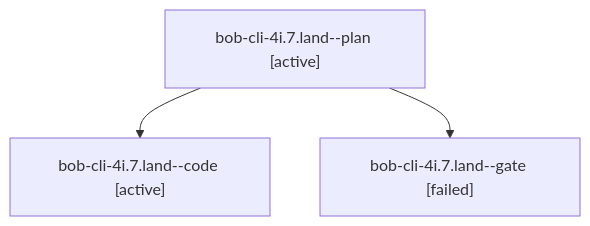
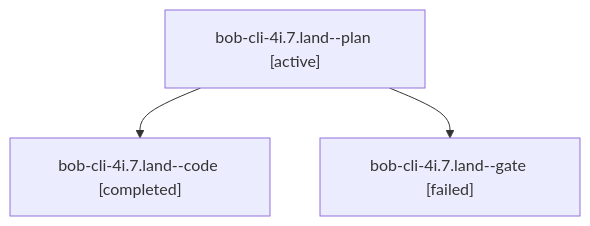
Before and after one commit to bobs-org/bob-cli--agents: the diagram in sessions/bbugyi200.apollo.bob-cli-4i.7.land.md, drawn with Mermaid. The commit also changed other lines of this file and 48 other files, not shown here.

````diff
--- a/sessions/bbugyi200.apollo.bob-cli-4i.7.land.md
+++ b/sessions/bbugyi200.apollo.bob-cli-4i.7.land.md
@@ -9,8 +9,8 @@
 ```mermaid
 flowchart TD
   n0["bob-cli-4i.7.land--plan [active]"]
-  n1["bob-cli-4i.7.land--code [active]"]
+  n1["bob-cli-4i.7.land--code [completed]"]
   n0 --> n1
   n2["bob-cli-4i.7.land--gate [failed]"]
   n0 --> n2
 ```
````
